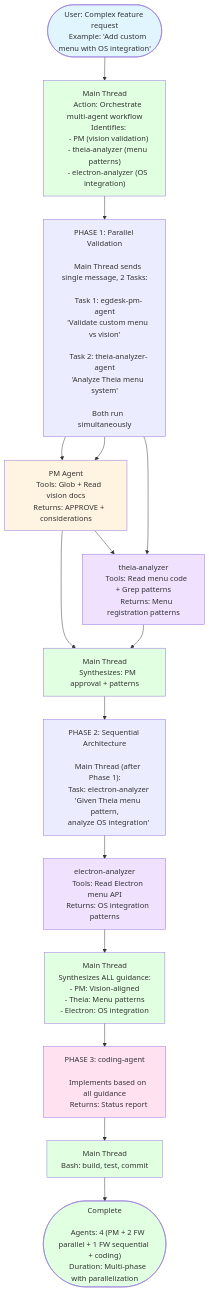
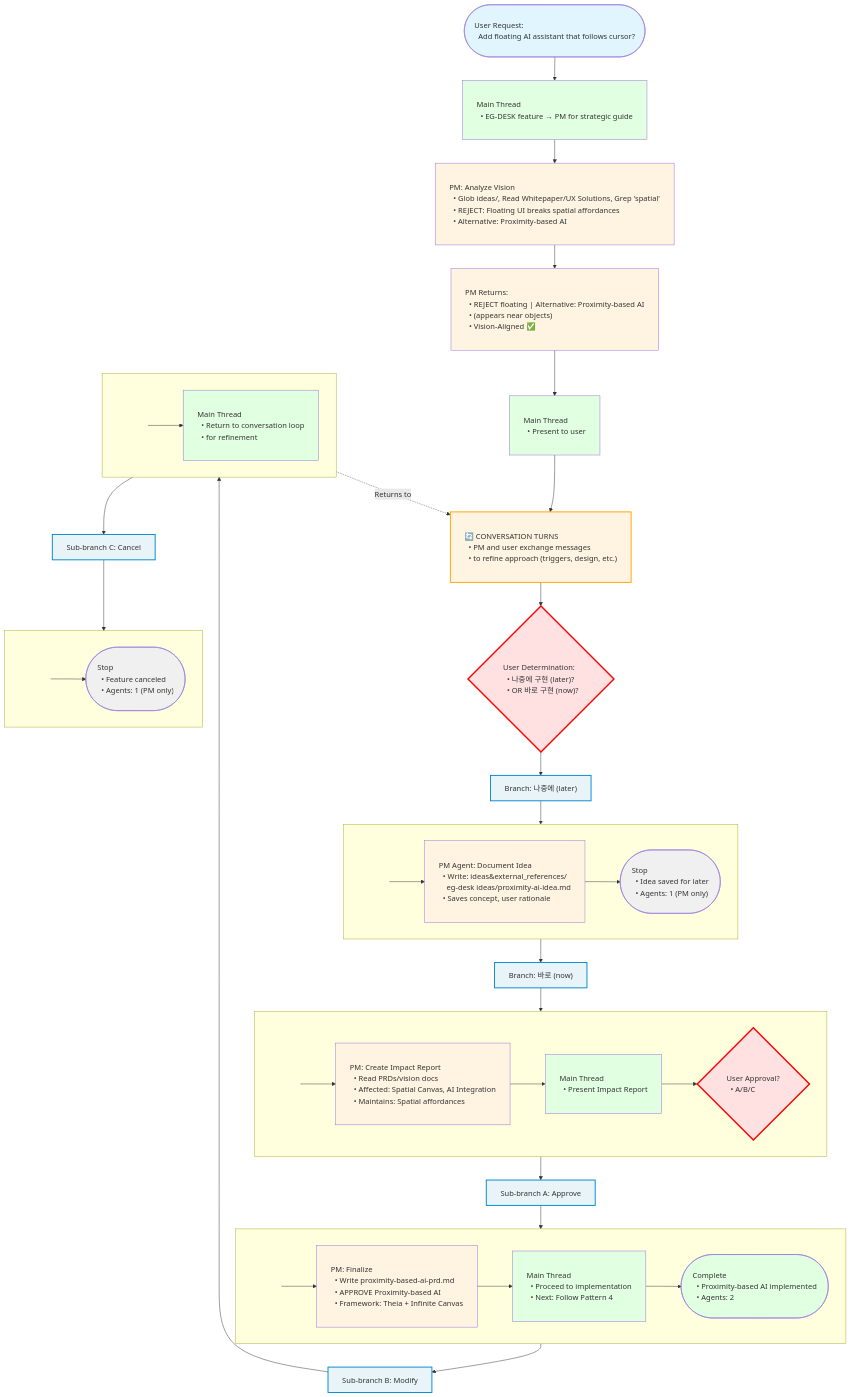
One commit to QUUS-TheSmallCodeTeam/theia-fork changed the fourth of 31 diagrams in AGENT_SWARM_FLOW_VISUAL.md. Above: the diagram before and after it, drawn with Mermaid. The commit also changed other lines of this file, not shown here.

First line of the commit message:
feat: redesign all mermaid diagrams with vertical flow and left-aligned text

````diff
--- a/AGENT_SWARM_FLOW_VISUAL.md
+++ b/AGENT_SWARM_FLOW_VISUAL.md
@@ -840,80 +162,120 @@
 ```mermaid
 flowchart TD
-    User(["User: Complex feature request
-    Example: 'Add custom menu with OS integration'"])
+    classDef wideBox padding:12px 20px,text-align:left,white-space:pre;
+    classDef wideDecision padding:12px 20px,text-align:left,white-space:pre;
+    classDef invisible fill:none,stroke:none;
+    classDef branchLabel fill:#e8f4f8,stroke:#0288d1,stroke-width:2px,text-align:left,white-space:pre;
 
-    --> MT["Main Thread
-    Action: Orchestrate multi-agent workflow
-    Identifies:
-    - PM (vision validation)
-    - theia-analyzer (menu patterns)
-    - electron-analyzer (OS integration)"]
+    User(["User Request:
+  Add floating AI assistant that follows cursor?"]):::wideBox
 
-    --> Phase1["PHASE 1: Parallel Validation
+    --> MT1["Main Thread
+  • EG-DESK feature → PM for strategic guide"]:::wideBox
 
-    Main Thread sends single message, 2 Tasks:
+    --> PM1["PM: Analyze Vision
+  • Glob ideas/, Read Whitepaper/UX Solutions, Grep 'spatial'
+  • REJECT: Floating UI breaks spatial affordances
+  • Alternative: Proximity-based AI"]:::wideBox
 
-    Task 1: egdesk-pm-agent
-    'Validate custom menu vs vision'
+    --> PMReturn["PM Returns:
+  • REJECT floating | Alternative: Proximity-based AI
+  • (appears near objects)
+  • Vision-Aligned ✅"]:::wideBox
 
-    Task 2: theia-analyzer-agent
-    'Analyze Theia menu system'
+    --> MT2["Main Thread
+  • Present to user"]:::wideBox
 
-    Both run simultaneously"]
+    --> ConvLoop["🔄 CONVERSATION TURNS
+  • PM and user exchange messages
+  • to refine approach (triggers, design, etc.)"]:::wideBox
 
-    --> PM1["PM Agent
-    Tools: Glob + Read vision docs
-    Returns: APPROVE + considerations"]
+    --> UserDec1{"User Determination:
+  • 나중에 구현 (later)?
+  • OR 바로 구현 (now)?"}:::wideDecision
 
-    --> FW1["theia-analyzer
-    Tools: Read menu code + Grep patterns
-    Returns: Menu registration patterns"]
+    --> Label1["Branch: 나중에 (later)"]:::branchLabel
 
-    Phase1 --> PM1
-    Phase1 --> FW1
+    subgraph SG1 [" "]
+        direction LR
+        Entry1[" "]:::invisible --> PMIdea["PM Agent: Document Idea
+  • Write: ideas&external_references/
+    eg-desk ideas/proximity-ai-idea.md
+  • Saves concept, user rationale"]:::wideBox --> End1(["Stop
+  • Idea saved for later
+  • Agents: 1 (PM only)"]):::wideBox
+    end
 
-    PM1 --> MT2["Main Thread
-    Synthesizes: PM approval + patterns"]
-    FW1 --> MT2
+    Label1 --> Entry1
 
-    --> Phase2["PHASE 2: Sequential Architecture
+    End1 --> Label2["Branch: 바로 (now)"]:::branchLabel
 
-    Main Thread (after Phase 1):
-    Task: electron-analyzer
-    'Given Theia menu pattern,
-    analyze OS integration'"]
+    subgraph SG2 [" "]
+        direction LR
+        Entry2[" "]:::invisible --> PM2["PM: Create Impact Report
+  • Read PRDs/vision docs
+  • Affected: Spatial Canvas, AI Integration
+  • Maintains: Spatial affordances"]:::wideBox --> MT3["Main Thread
+  • Present Impact Report"]:::wideBox --> UserDec2{"User Approval?
+  • A/B/C"}:::wideDecision
+    end
 
-    --> FW2["electron-analyzer
-    Tools: Read Electron menu API
-    Returns: OS integration patterns"]
+    Label2 --> Entry2
 
-    --> MT3["Main Thread
-    Synthesizes ALL guidance:
-    - PM: Vision-aligned
-    - Theia: Menu patterns
-    - Electron: OS integration"]
+    UserDec2 --> Label3["Sub-branch A: Approve"]:::branchLabel
 
-    --> Coding["PHASE 3: coding-agent
+    subgraph SG3 [" "]
+        direction LR
+        Entry3[" "]:::invisible --> PM3["PM: Finalize
+  • Write proximity-based-ai-prd.md
+  • APPROVE Proximity-based AI
+  • Framework: Theia + Infinite Canvas"]:::wideBox --> MT4["Main Thread
+  • Proceed to implementation
+  • Next: Follow Pattern 4"]:::wideBox --> End3(["Complete
+  • Proximity-based AI implemented
+  • Agents: 2"]):::wideBox
+    end
 
-    Implements based on all guidance
-    Returns: Status report"]
+    Label3 --> Entry3
 
-    --> MT4["Main Thread
-    Bash: build, test, commit"]
+    End3 --> Label4["Sub-branch B: Modify"]:::branchLabel
 
-    --> End(["Complete
+    subgraph SG4 [" "]
+        direction LR
+        Entry4[" "]:::invisible --> BackToConv["Main Thread
+  • Return to conversation loop
+  • for refinement"]:::wideBox
+    end
 
-    Agents: 4 (PM + 2 FW parallel + 1 FW sequential + coding)
-    Duration: Multi-phase with parallelization"])
+    Label4 --> Entry4
+
+    BackToConv -.->|"Returns to"| ConvLoop
+
+    BackToConv --> Label5["Sub-branch C: Cancel"]:::branchLabel
+
+    subgraph SG5 [" "]
+        direction LR
+        Entry5[" "]:::invisible --> End2(["Stop
+  • Feature canceled
+  • Agents: 1 (PM only)"]):::wideBox
+    end
+
+    Label5 --> Entry5
 
     style User fill:#e1f5ff
+    style UserDec1 fill:#ffe1e1,stroke:#ff0000,stroke-width:3px
+    style UserDec2 fill:#ffe1e1,stroke:#ff0000,stroke-width:3px
+    style ConvLoop fill:#fff4e1,stroke:#ffa500,stroke-width:2px
     style PM1 fill:#fff4e1
-    style FW1 fill:#f0e1ff
-    style FW2 fill:#f0e1ff
-    style Coding fill:#ffe1f0
-    style MT fill:#e1ffe1
+    style PM2 fill:#fff4e1
+    style PM3 fill:#fff4e1
+    style PMReturn fill:#fff4e1
+    style PMIdea fill:#fff4e1
+    style MT1 fill:#e1ffe1
     style MT2 fill:#e1ffe1
     style MT3 fill:#e1ffe1
     style MT4 fill:#e1ffe1
-    style End fill:#e1ffe1
+    style BackToConv fill:#e1ffe1
+    style End1 fill:#f0f0f0
+    style End2 fill:#f0f0f0
+    style End3 fill:#e1ffe1
 ```
````
